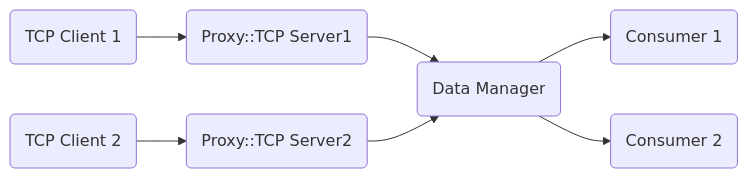
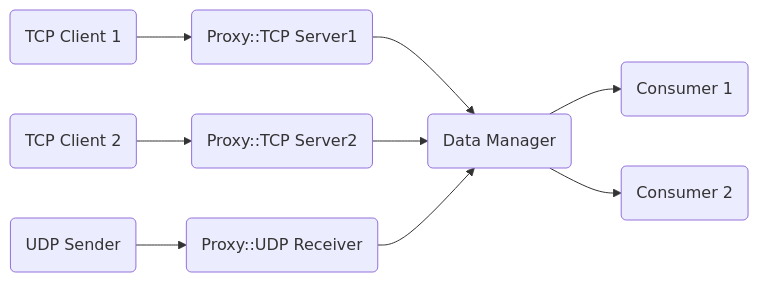
The second of 2 diagrams in README.md (tudorSwFpga/dataPipeline), drawn with Mermaid before and after one commit. The commit also changed other lines of this file, not shown here.

````diff
--- a/README.md
+++ b/README.md
@@ -76,8 +81,9 @@
 ```mermaid
 flowchart LR
  id1(TCP Client 1) --> id2(Proxy::TCP Server1) --> id3(Data Manager)
  id4(TCP Client 2) --> id5(Proxy::TCP Server2) --> id3(Data Manager)
+ id6(UDP Sender)   --> id7(Proxy::UDP Receiver) --> id3(Data Manager)
 
  id3 --> id11(Consumer 1)
  id3 --> id12(Consumer 2)
 ```
````
